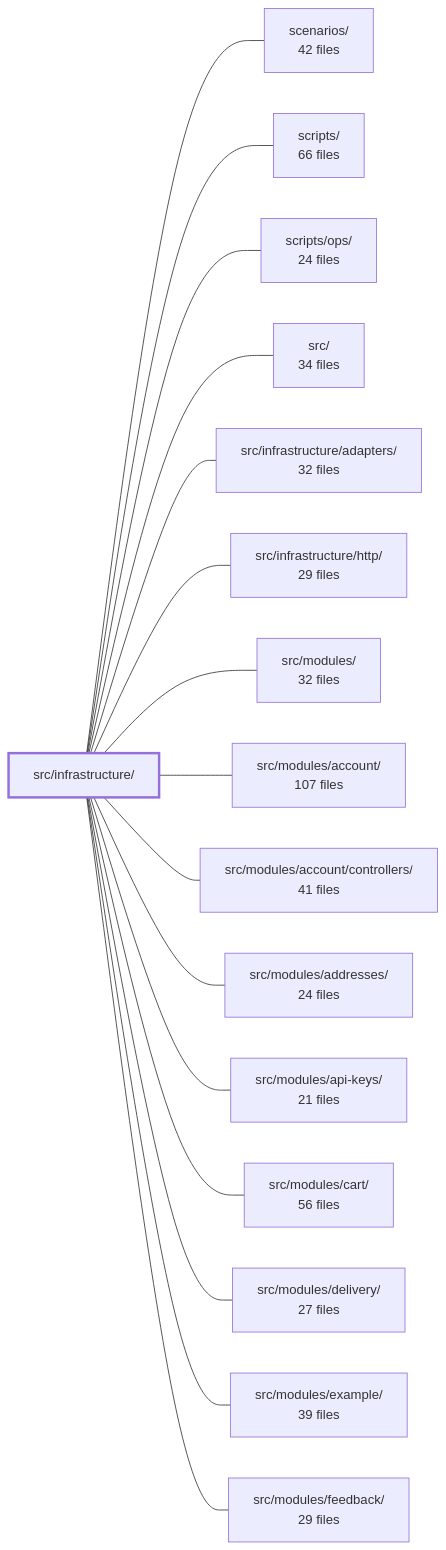
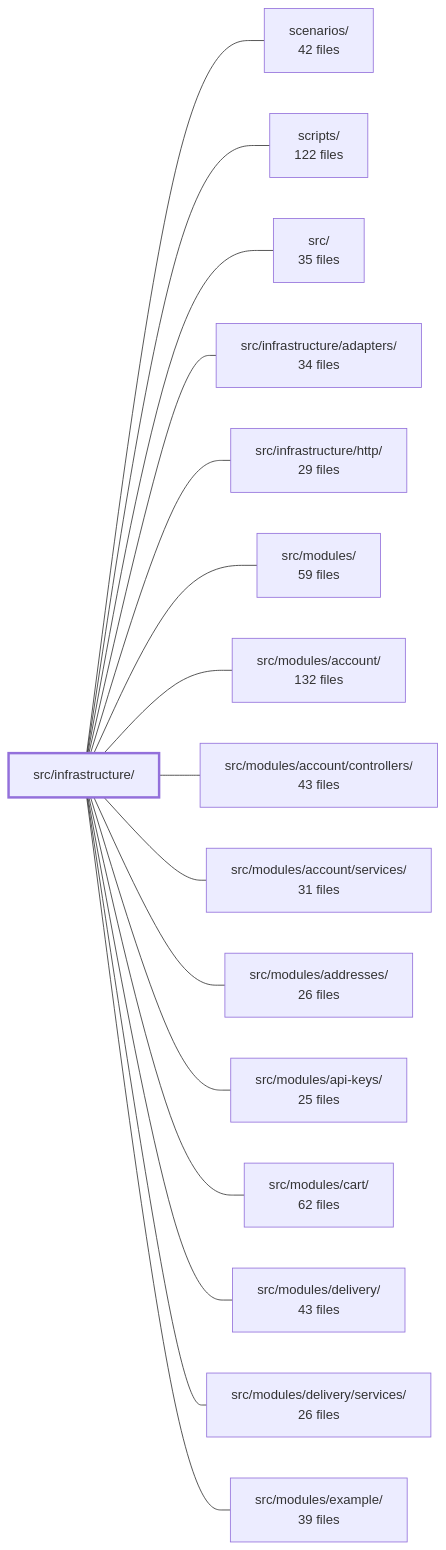
Before and after one commit to Guebbit/boilerplate-node-backend: the diagram in .2brain/modules/boilerplate-node-backend_src_infrastructure.md, drawn with Mermaid. The commit also changed other lines of this file and 627 other files, not shown here.

````diff
--- a/.2brain/modules/boilerplate-node-backend_src_infrastructure.md
+++ b/.2brain/modules/boilerplate-node-backend_src_infrastructure.md
@@ -40,35 +45,35 @@
 ```mermaid
 flowchart LR
     m_src_infrastructure["src/infrastructure/"]
     m_scenarios["scenarios/<br/>42 files"]
-    m_scripts["scripts/<br/>66 files"]
-    m_scripts_ops["scripts/ops/<br/>24 files"]
-    m_src["src/<br/>34 files"]
-    m_src_infrastructure_adapters["src/infrastructure/adapters/<br/>32 files"]
+    m_scripts["scripts/<br/>122 files"]
+    m_src["src/<br/>35 files"]
+    m_src_infrastructure_adapters["src/infrastructure/adapters/<br/>34 files"]
     m_src_infrastructure_http["src/infrastructure/http/<br/>29 files"]
-    m_src_modules["src/modules/<br/>32 files"]
-    m_src_modules_account["src/modules/account/<br/>107 files"]
-    m_src_modules_account_controllers["src/modules/account/controllers/<br/>41 files"]
-    m_src_modules_addresses["src/modules/addresses/<br/>24 files"]
-    m_src_modules_api_keys["src/modules/api-keys/<br/>21 files"]
-    m_src_modules_cart["src/modules/cart/<br/>56 files"]
-    m_src_modules_delivery["src/modules/delivery/<br/>27 files"]
+    m_src_modules["src/modules/<br/>59 files"]
+    m_src_modules_account["src/modules/account/<br/>132 files"]
+    m_src_modules_account_controllers["src/modules/account/controllers/<br/>43 files"]
+    m_src_modules_account_services["src/modules/account/services/<br/>31 files"]
+    m_src_modules_addresses["src/modules/addresses/<br/>26 files"]
+    m_src_modules_api_keys["src/modules/api-keys/<br/>25 files"]
+    m_src_modules_cart["src/modules/cart/<br/>62 files"]
+    m_src_modules_delivery["src/modules/delivery/<br/>43 files"]
+    m_src_modules_delivery_services["src/modules/delivery/services/<br/>26 files"]
     m_src_modules_example["src/modules/example/<br/>39 files"]
-    m_src_modules_feedback["src/modules/feedback/<br/>29 files"]
     m_src_infrastructure --- m_scenarios
     m_src_infrastructure --- m_scripts
-    m_src_infrastructure --- m_scripts_ops
     m_src_infrastructure --- m_src
     m_src_infrastructure --- m_src_infrastructure_adapters
     m_src_infrastructure --- m_src_infrastructure_http
     m_src_infrastructure --- m_src_modules
     m_src_infrastructure --- m_src_modules_account
     m_src_infrastructure --- m_src_modules_account_controllers
+    m_src_infrastructure --- m_src_modules_account_services
     m_src_infrastructure --- m_src_modules_addresses
     m_src_infrastructure --- m_src_modules_api_keys
     m_src_infrastructure --- m_src_modules_cart
     m_src_infrastructure --- m_src_modules_delivery
+    m_src_infrastructure --- m_src_modules_delivery_services
     m_src_infrastructure --- m_src_modules_example
-    m_src_infrastructure --- m_src_modules_feedback
     style m_src_infrastructure stroke-width:3px
 ```
````
